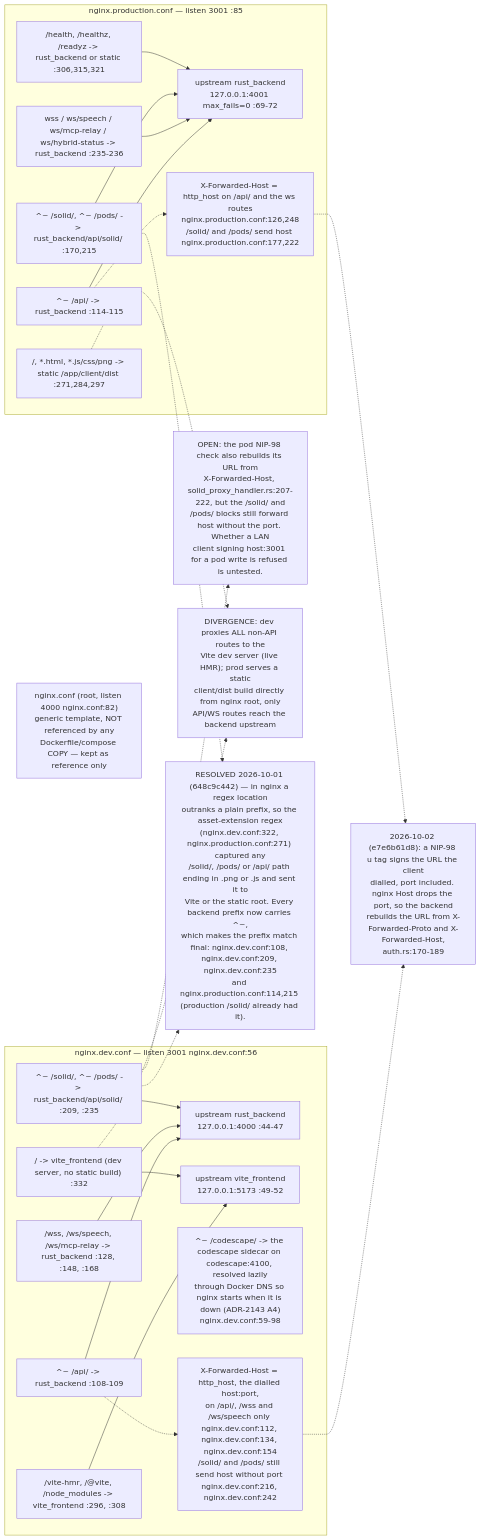
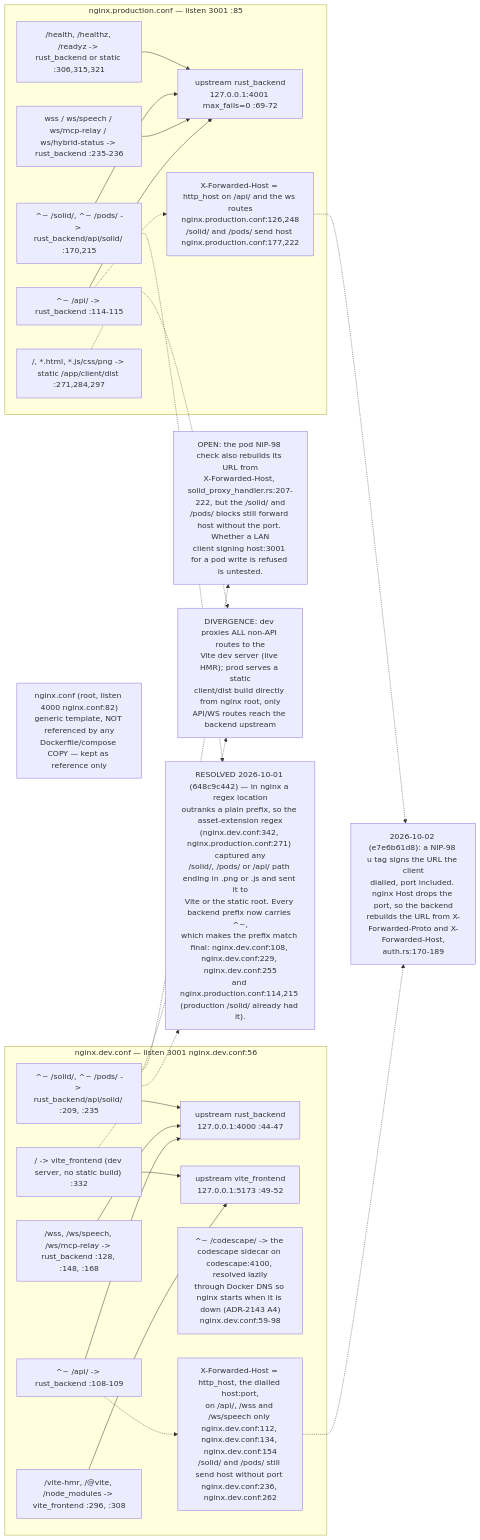
The ninth of 24 diagrams in docs/diagrams/estate/09-build-deploy-and-ci-estate.md (DreamLab-AI/VisionFlow), drawn with Mermaid before and after one commit. The commit also changed other lines of this file and 49 other files, not shown here.

First line of the commit message:
docs(diagrams): re-derive and re-stamp VisionClaw, estate, knowledge-graph, visionGraph, VisionFlow and sidestr topics

````diff
--- a/docs/diagrams/estate/09-build-deploy-and-ci-estate.md
+++ b/docs/diagrams/estate/09-build-deploy-and-ci-estate.md
@@ -355,49 +355,49 @@
 ```mermaid
 flowchart LR
     subgraph DEVNGINX["nginx.dev.conf — listen 3001 nginx.dev.conf:56"]
         DUPRUST["upstream rust_backend<br/>127.0.0.1:4000 :44-47"]
         DUPVITE["upstream vite_frontend<br/>127.0.0.1:5173 :49-52"]
         DAPI["^~ /api/ -> rust_backend :108-109"]
         DWSS["/wss, /ws/speech, /ws/mcp-relay -> rust_backend :128, :148, :168"]
         DSOLID["^~ /solid/, ^~ /pods/ -> rust_backend/api/solid/ :209, :235"]
         DHMR["/vite-hmr, /@vite, /node_modules -> vite_frontend :296, :308"]
         DROOT["/ -> vite_frontend (dev server, no static build) :332"]
         DCODESCAPE["^~ /codescape/ -> the codescape sidecar on codescape:4100, resolved lazily<br/>through Docker DNS so nginx starts when it is down (ADR-2143 A4)<br/>nginx.dev.conf:59-98"]
-        DXFH["X-Forwarded-Host = http_host, the dialled host:port,<br/>on /api/, /wss and /ws/speech only nginx.dev.conf:112, nginx.dev.conf:134, nginx.dev.conf:154<br/>/solid/ and /pods/ still send host without port nginx.dev.conf:216, nginx.dev.conf:242"]
+        DXFH["X-Forwarded-Host = http_host, the dialled host:port,<br/>on /api/, /wss and /ws/speech only nginx.dev.conf:112, nginx.dev.conf:134, nginx.dev.conf:154<br/>/solid/ and /pods/ still send host without port nginx.dev.conf:236, nginx.dev.conf:262"]
     end
     subgraph PRODNGINX["nginx.production.conf — listen 3001 :85"]
         PUPRUST["upstream rust_backend<br/>127.0.0.1:4001 max_fails=0 :69-72"]
         PAPI["^~ /api/ -> rust_backend :114-115"]
         PWS["wss / ws/speech / ws/mcp-relay / ws/hybrid-status -> rust_backend :235-236"]
         PSOLID["^~ /solid/, ^~ /pods/ -> rust_backend/api/solid/ :170,215"]
         PSTATIC["/, *.html, *.js/css/png -> static /app/client/dist :271,284,297"]
         PHEALTH["/health, /healthz, /readyz -> rust_backend or static :306,315,321"]
         PXFH["X-Forwarded-Host = http_host on /api/ and the ws routes<br/>nginx.production.conf:126,248<br/>/solid/ and /pods/ send host nginx.production.conf:177,222"]
     end
     LEGACY["nginx.conf (root, listen 4000 nginx.conf:82)<br/>generic template, NOT referenced by any<br/>Dockerfile/compose COPY — kept as reference only"]
 
     DAPI --> DUPRUST
     DWSS --> DUPRUST
     DSOLID --> DUPRUST
     DHMR --> DUPVITE
     DROOT --> DUPVITE
     PAPI --> PUPRUST
     PWS --> PUPRUST
     PSOLID --> PUPRUST
     PHEALTH --> PUPRUST
     DAPI -.-> DXFH
     PAPI -.-> PXFH
     XFHWHY["2026-10-02 (e7e6b61d8): a NIP-98 u tag signs the URL the client<br/>dialled, port included. nginx Host drops the port, so the backend<br/>rebuilds the URL from X-Forwarded-Proto and X-Forwarded-Host,<br/>auth.rs:170-189"]
     DXFH -.-> XFHWHY
     PXFH -.-> XFHWHY
     XFHOPEN["OPEN: the pod NIP-98 check also rebuilds its URL from<br/>X-Forwarded-Host, solid_proxy_handler.rs:207-222, but the /solid/ and<br/>/pods/ blocks still forward host without the port. Whether a LAN<br/>client signing host:3001 for a pod write is refused is untested."]
     DSOLID -.-> XFHOPEN
 
     DIVNOTE["DIVERGENCE: dev proxies ALL non-API routes to the<br/>Vite dev server (live HMR); prod serves a static<br/>client/dist build directly from nginx root, only<br/>API/WS routes reach the backend upstream"]
     DROOT -.-> DIVNOTE
     PSTATIC -.-> DIVNOTE
 
-    PRECED["RESOLVED 2026-10-01 (648c9c442) — in nginx a regex location<br/>outranks a plain prefix, so the asset-extension regex<br/>(nginx.dev.conf:322, nginx.production.conf:271) captured any<br/>/solid/, /pods/ or /api/ path ending in .png or .js and sent it to<br/>Vite or the static root. Every backend prefix now carries ^~,<br/>which makes the prefix match final: nginx.dev.conf:108, nginx.dev.conf:209, nginx.dev.conf:235<br/>and nginx.production.conf:114,215 (production /solid/ already had it)."]
+    PRECED["RESOLVED 2026-10-01 (648c9c442) — in nginx a regex location<br/>outranks a plain prefix, so the asset-extension regex<br/>(nginx.dev.conf:342, nginx.production.conf:271) captured any<br/>/solid/, /pods/ or /api/ path ending in .png or .js and sent it to<br/>Vite or the static root. Every backend prefix now carries ^~,<br/>which makes the prefix match final: nginx.dev.conf:108, nginx.dev.conf:229, nginx.dev.conf:255<br/>and nginx.production.conf:114,215 (production /solid/ already had it)."]
     DSOLID -.-> PRECED
     PSOLID -.-> PRECED
 ```
````
